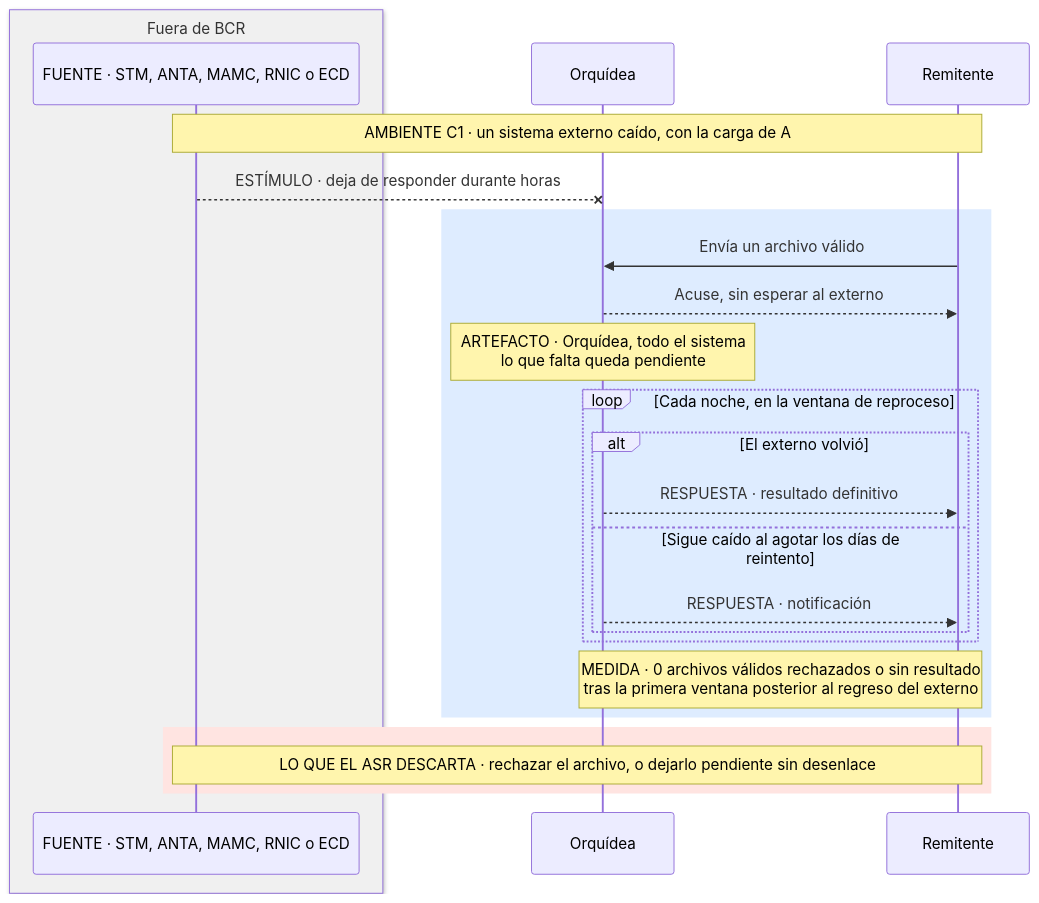
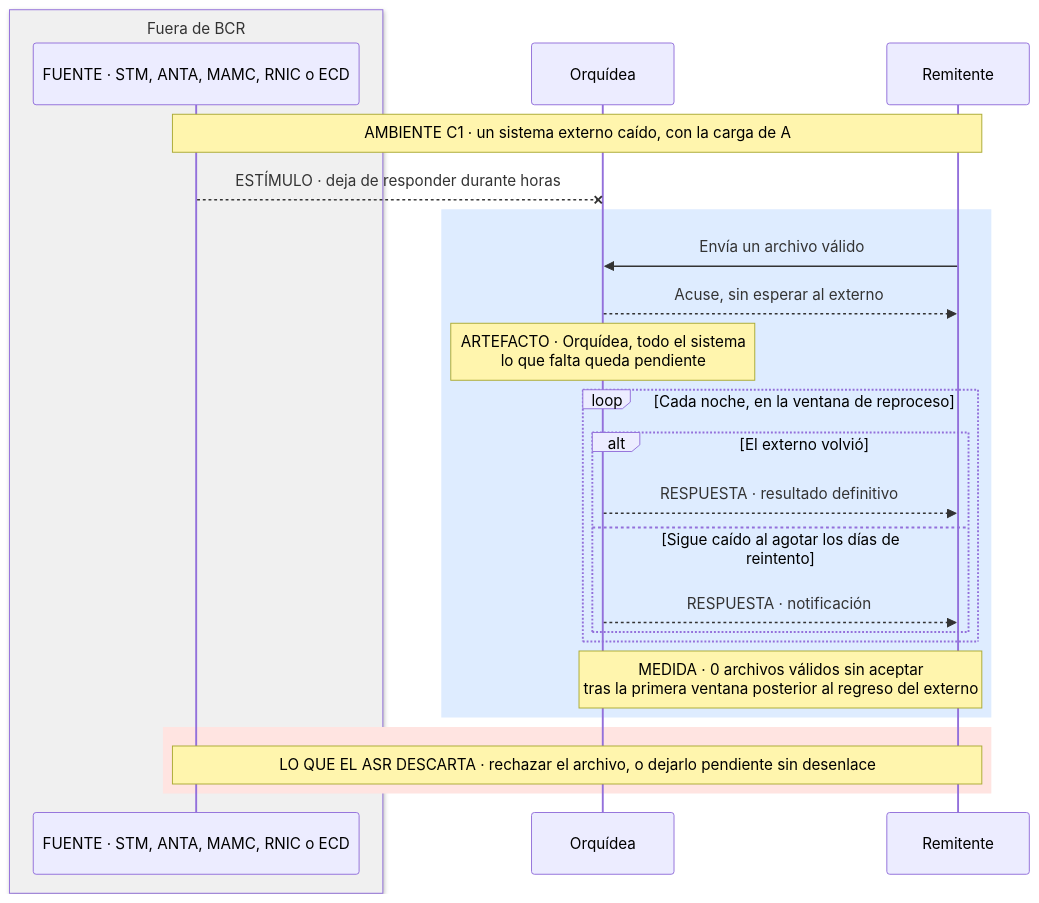
The first of 17 diagrams in docs/quality-attributes.md (MATI-MBIT/arqsoft-reto-4), drawn with Mermaid before and after one commit. The commit also changed other lines of this file and 4 other files, not shown here.

````diff
--- a/docs/quality-attributes.md
+++ b/docs/quality-attributes.md
@@ -174,26 +174,26 @@
 ```mermaid
 sequenceDiagram
     box rgb(240,240,240) Fuera de BCR
     participant X as FUENTE · STM, ANTA, MAMC, RNIC o ECD
     end
     participant O as Orquídea
     participant R as Remitente
     Note over X,R: AMBIENTE C1 · un sistema externo caído, con la carga de A
     X--xO: ESTÍMULO · deja de responder durante horas
     rect rgb(222, 236, 255)
     R->>O: Envía un archivo válido
     O-->>R: Acuse, sin esperar al externo
     Note over O: ARTEFACTO · Orquídea, todo el sistema<br/>lo que falta queda pendiente
     loop Cada noche, en la ventana de reproceso
         alt El externo volvió
             O-->>R: RESPUESTA · resultado definitivo
         else Sigue caído al agotar los días de reintento
             O-->>R: RESPUESTA · notificación
         end
     end
-    Note over O,R: MEDIDA · 0 archivos válidos rechazados o sin resultado<br/>tras la primera ventana posterior al regreso del externo
+    Note over O,R: MEDIDA · 0 archivos válidos sin aceptar<br/>tras la primera ventana posterior al regreso del externo
     end
     rect rgb(255, 228, 225)
     Note over X,R: LO QUE EL ASR DESCARTA · rechazar el archivo, o dejarlo pendiente sin desenlace
     end
 ```
````
